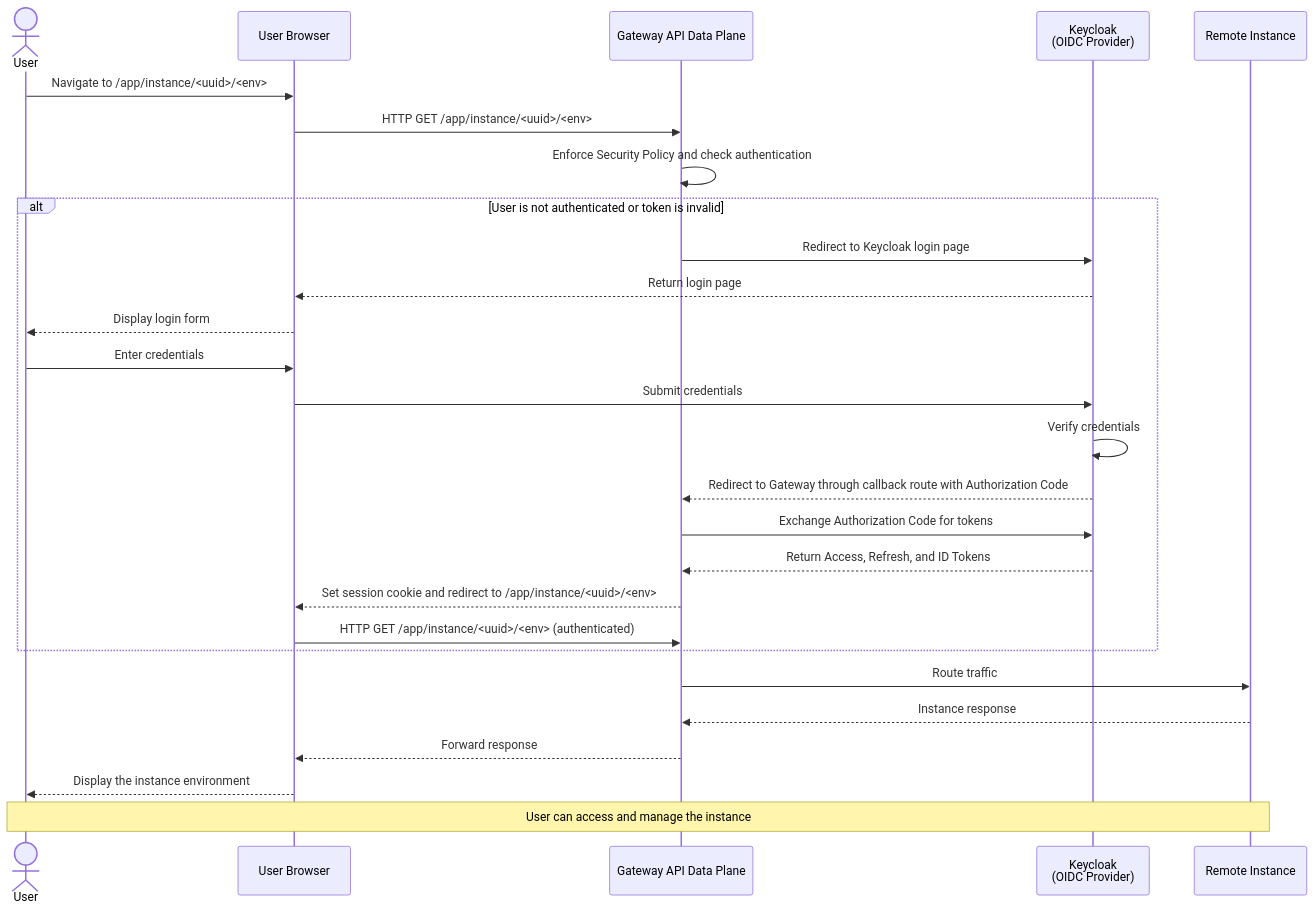
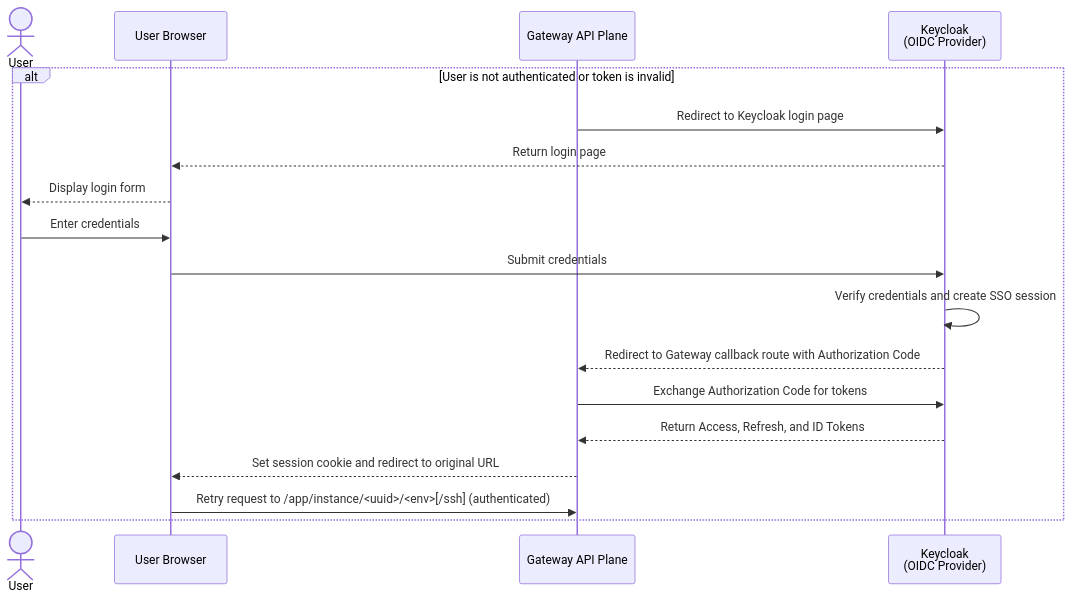
Before and after one commit to netgroup-polito/CrownLabs: the fourth of 4 diagrams in frontend/README.md, drawn with Mermaid. The commit also changed other lines of this file, not shown here.

Commit message:
edit graph for accessing to a remote instance

````diff
--- a/frontend/README.md
+++ b/frontend/README.md
@@ -120,32 +134,21 @@
 ```mermaid
 sequenceDiagram
     actor User
     participant Browser as User Browser
-    participant LB as Gateway API Data Plane
+    participant LB as Gateway API Plane
     participant Keycloak as Keycloak<br/>(OIDC Provider)
-    participant Instance as Remote Instance
-
-    User->>Browser: Navigate to /app/instance/<uuid>/<env>
-    Browser->>LB: HTTP GET /app/instance/<uuid>/<env>
-    LB->>LB: Enforce Security Policy and check authentication
 
     alt User is not authenticated or token is invalid
         LB->>Keycloak: Redirect to Keycloak login page
         Keycloak-->>Browser: Return login page
         Browser-->>User: Display login form
         User->>Browser: Enter credentials
         Browser->>Keycloak: Submit credentials
-        Keycloak->>Keycloak: Verify credentials
-        Keycloak-->>LB: Redirect to Gateway through callback route with Authorization Code
+        Keycloak->>Keycloak: Verify credentials and create SSO session
+        Keycloak-->>LB: Redirect to Gateway callback route with Authorization Code
         LB->>Keycloak: Exchange Authorization Code for tokens
         Keycloak-->>LB: Return Access, Refresh, and ID Tokens
-        LB-->>Browser: Set session cookie and redirect to /app/instance/<uuid>/<env>
-        Browser->>LB: HTTP GET /app/instance/<uuid>/<env> (authenticated)
+        LB-->>Browser: Set session cookie and redirect to original URL
+        Browser->>LB: Retry request to /app/instance/<uuid>/<env>[/ssh] (authenticated)
     end
-
-    LB->>Instance: Route traffic
-    Instance-->>LB: Instance response
-    LB-->>Browser: Forward response
-    Browser-->>User: Display the instance environment
-    Note over User,Instance: User can access and manage the instance
 ```
````
